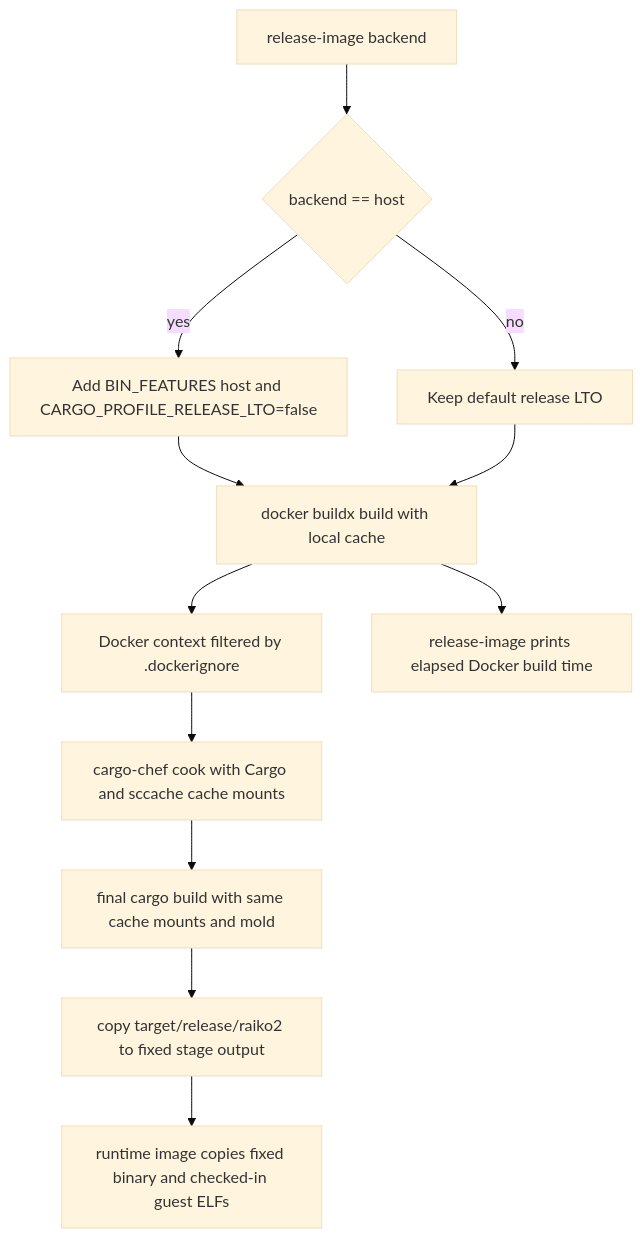
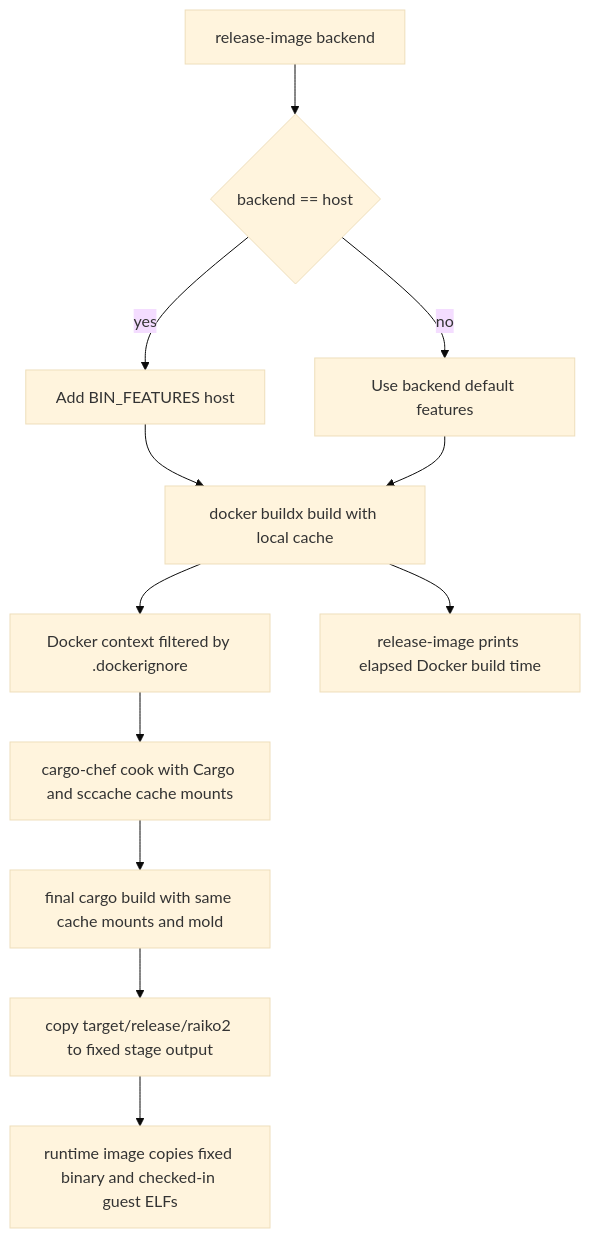
The diagram in docs/plans/2026-07-05-001-perf-runtime-image-build-speed-plan.md (taikoxyz/raiko2), drawn with Mermaid (base theme) before and after one commit. The commit also changed other lines of this file and 8 other files, not shown here.

Commit message:
perf(build): use Cargo default release profile

````diff
--- a/docs/plans/2026-07-05-001-perf-runtime-image-build-speed-plan.md
+++ b/docs/plans/2026-07-05-001-perf-runtime-image-build-speed-plan.md
@@ -89,14 +89,14 @@
 ```mermaid
 flowchart TB
   A[release-image backend] --> B{backend == host}
-  B -->|yes| C[Add BIN_FEATURES host and CARGO_PROFILE_RELEASE_LTO=false]
-  B -->|no| D[Keep default release LTO]
+  B -->|yes| C[Add BIN_FEATURES host]
+  B -->|no| D[Use backend default features]
   C --> E[docker buildx build with local cache]
   D --> E
   E --> F[Docker context filtered by .dockerignore]
   F --> G[cargo-chef cook with Cargo and sccache cache mounts]
   G --> H[final cargo build with same cache mounts and mold]
   H --> I[copy target/release/raiko2 to fixed stage output]
   I --> J[runtime image copies fixed binary and checked-in guest ELFs]
   E --> K[release-image prints elapsed Docker build time]
 ```
````
